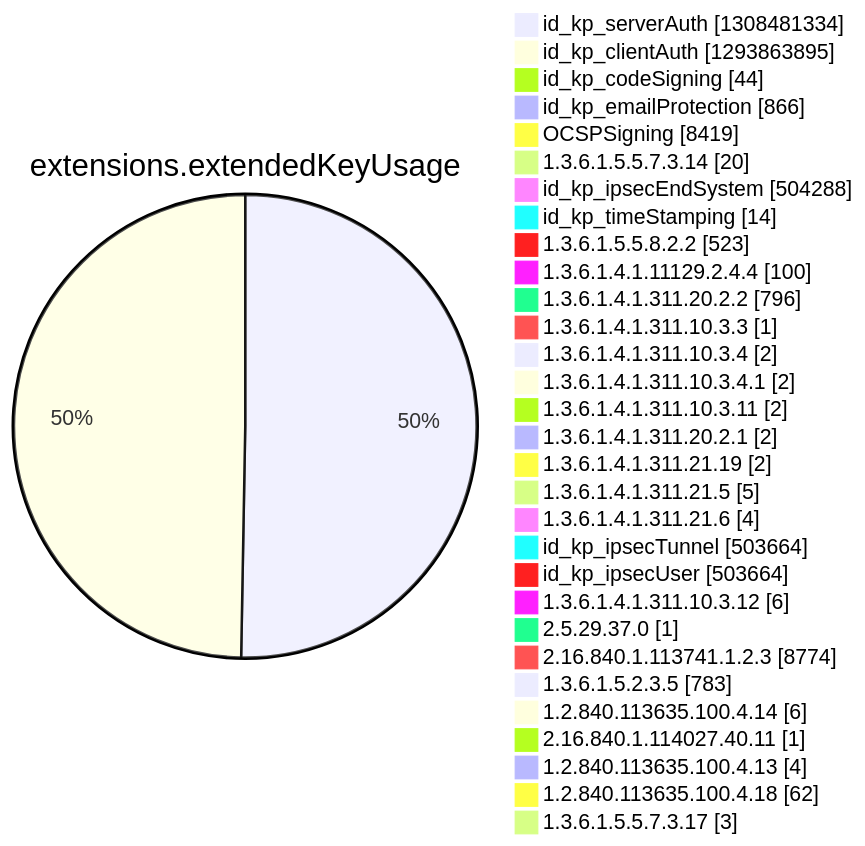
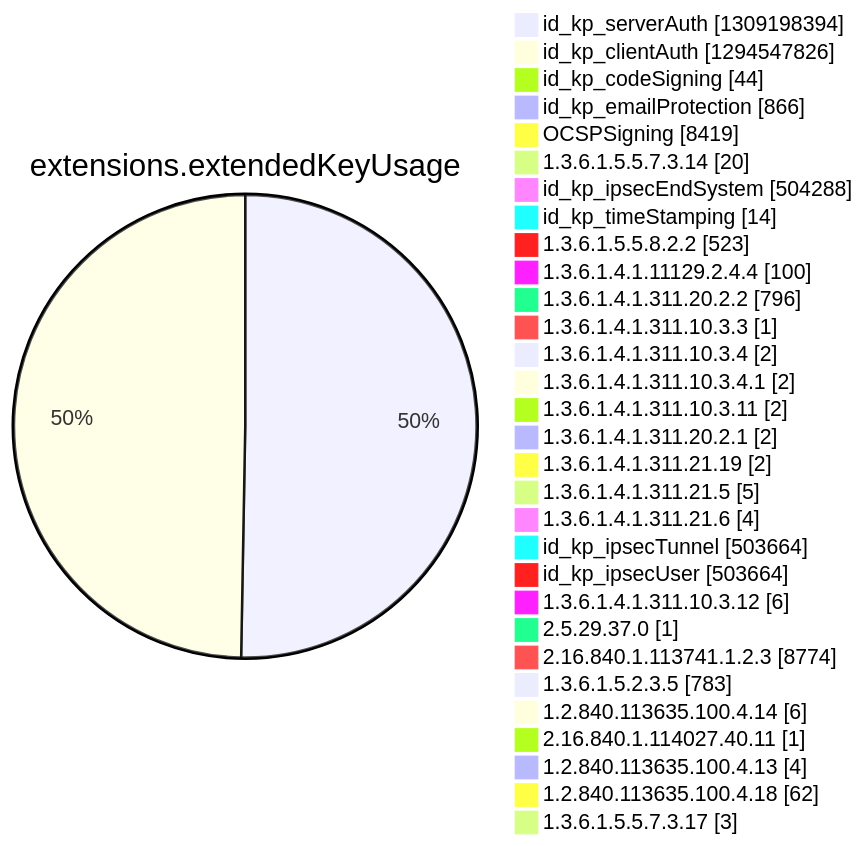
One commit to christiankrug/ctmonitor_visualization changed diagram 12 of 15 in argon2022/README.md. Above: the diagram before and after it, drawn with Mermaid. The commit also changed other lines of this file, not shown here.

````diff
--- a/argon2022/README.md
+++ b/argon2022/README.md
@@ -3552,34 +3552,34 @@
 ```mermaid
 pie showData
 title extensions.extendedKeyUsage
-"id_kp_serverAuth" :1308481334
-"id_kp_clientAuth" :1293863895
+"id_kp_serverAuth" :1309198394
+"id_kp_clientAuth" :1294547826
 "id_kp_codeSigning" :44
 "id_kp_emailProtection" :866
 "OCSPSigning" :8419
 "1.3.6.1.5.5.7.3.14" :20
 "id_kp_ipsecEndSystem" :504288
 "id_kp_timeStamping" :14
 "1.3.6.1.5.5.8.2.2" :523
 "1.3.6.1.4.1.11129.2.4.4" :100
 "1.3.6.1.4.1.311.20.2.2" :796
 "1.3.6.1.4.1.311.10.3.3" :1
 "1.3.6.1.4.1.311.10.3.4" :2
 "1.3.6.1.4.1.311.10.3.4.1" :2
 "1.3.6.1.4.1.311.10.3.11" :2
 "1.3.6.1.4.1.311.20.2.1" :2
 "1.3.6.1.4.1.311.21.19" :2
 "1.3.6.1.4.1.311.21.5" :5
 "1.3.6.1.4.1.311.21.6" :4
 "id_kp_ipsecTunnel" :503664
 "id_kp_ipsecUser" :503664
 "1.3.6.1.4.1.311.10.3.12" :6
 "2.5.29.37.0" :1
 "2.16.840.1.113741.1.2.3" :8774
 "1.3.6.1.5.2.3.5" :783
 "1.2.840.113635.100.4.14" :6
 "2.16.840.1.114027.40.11" :1
 "1.2.840.113635.100.4.13" :4
 "1.2.840.113635.100.4.18" :62
 "1.3.6.1.5.5.7.3.17" :3
 ```
````
